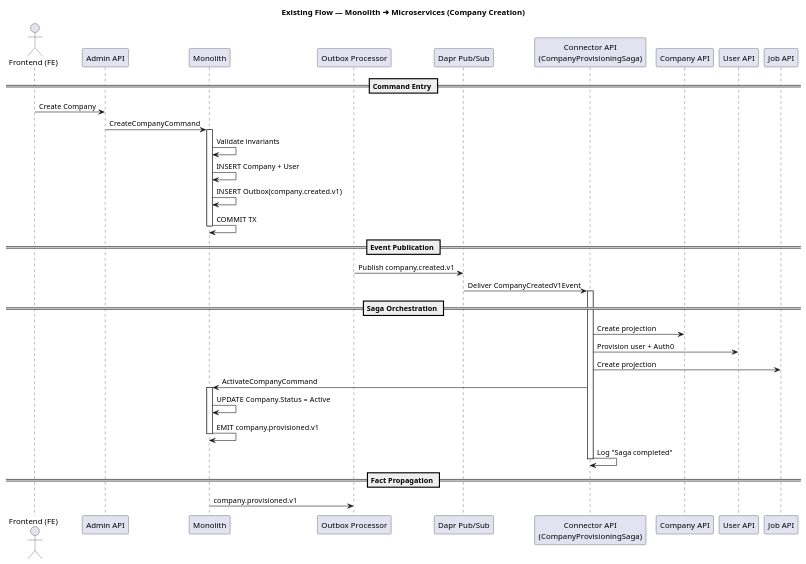
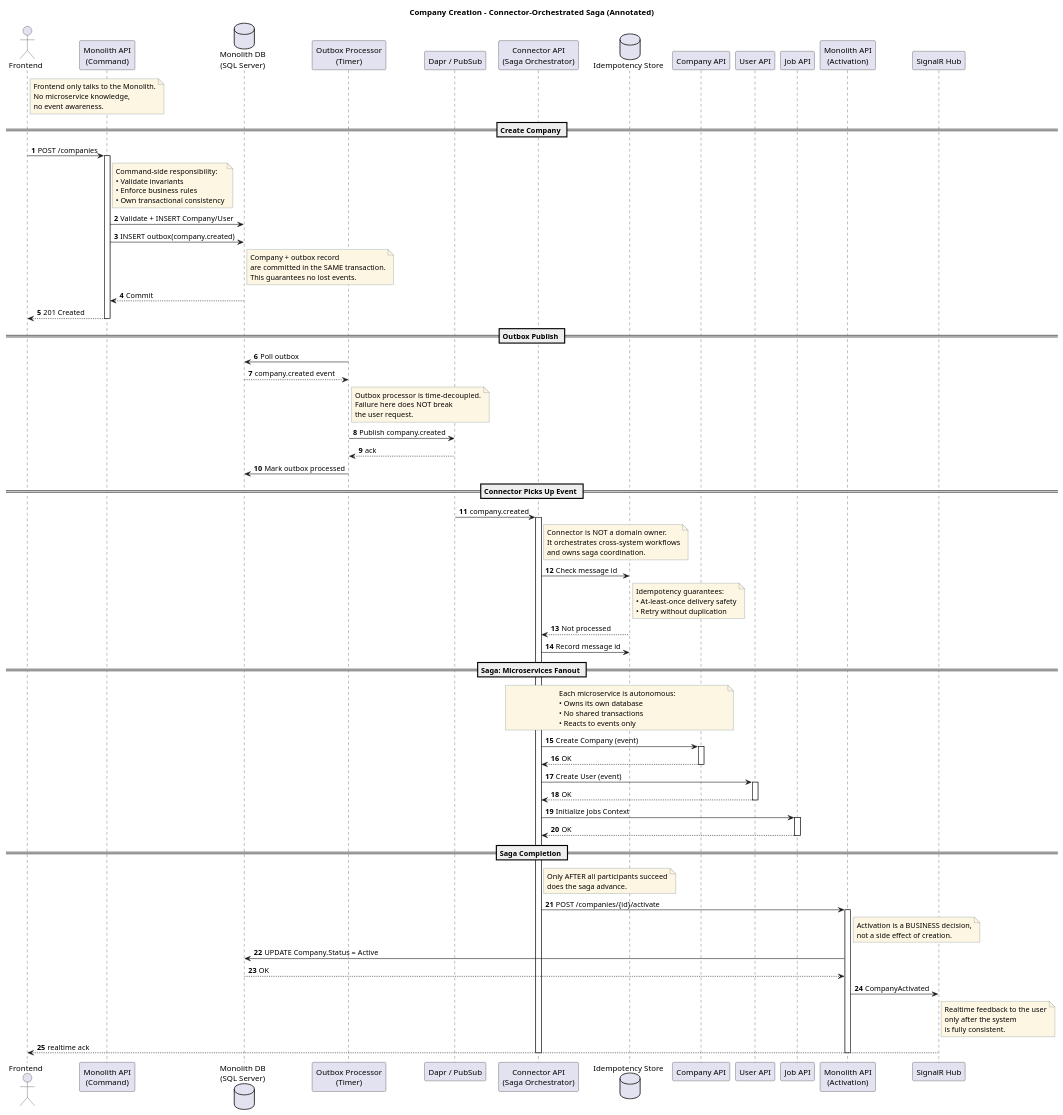
Before and after one commit to eelkhair/portfolio-project: the diagram in docs/sync.puml, drawn with PlantUML. The commit also changed other lines of this file and 3 other files, not shown here.

```diff
--- a/docs/sync.puml
+++ b/docs/sync.puml
@@ -1,50 +1,149 @@
 @startuml
-title Existing Flow — Monolith ➜ Microservices (Company Creation)
+title Company Creation – Connector-Orchestrated Saga (Annotated)
 
-actor "Frontend (FE)" as FE
-participant "Admin API" as Admin
-participant "Monolith" as Monolith
-participant "Outbox Processor" as Outbox
-participant "Dapr Pub/Sub" as Dapr
-participant "Connector API\n(CompanyProvisioningSaga)" as Saga
-participant "Company API" as CompanyAPI
-participant "User API" as UserAPI
-participant "Job API" as JobAPI
+autonumber
+skinparam responseMessageBelowArrow true
+skinparam noteBackgroundColor #FDF6E3
+skinparam noteBorderColor #657B83
 
-== Command Entry ==
+actor "Frontend" as FE
 
-FE -> Admin : Create Company
-Admin -> Monolith : CreateCompanyCommand
+participant "Monolith API\n(Command)" as Monolith
+database "Monolith DB\n(SQL Server)" as MonolithDb
+
+participant "Outbox Processor\n(Timer)" as Outbox
+participant "Dapr / PubSub" as PubSub
+
+participant "Connector API\n(Saga Orchestrator)" as Connector
+database "Idempotency Store" as Idempotency
+
+participant "Company API" as CompanyApi
+participant "User API" as UserApi
+participant "Job API" as JobApi
+
+participant "Monolith API\n(Activation)" as MonolithAct
+participant "SignalR Hub" as SignalR
+
+note right of FE
+Frontend only talks to the Monolith.
+No microservice knowledge,
+no event awareness.
+end note
+
+== Create Company ==
+
+FE -> Monolith: POST /companies
 activate Monolith
 
-Monolith -> Monolith : Validate invariants
-Monolith -> Monolith : INSERT Company + User
-Monolith -> Monolith : INSERT Outbox(company.created.v1)
-Monolith -> Monolith : COMMIT TX
+note right of Monolith
+Command-side responsibility:
+• Validate invariants
+• Enforce business rules
+• Own transactional consistency
+end note
+
+Monolith -> MonolithDb: Validate + INSERT Company/User
+Monolith -> MonolithDb: INSERT outbox(company.created)
+
+note right of MonolithDb
+Company + outbox record
+are committed in the SAME transaction.
+This guarantees no lost events.
+end note
+
+MonolithDb --> Monolith: Commit
+Monolith --> FE: 201 Created
 deactivate Monolith
 
-== Event Publication ==
+== Outbox Publish ==
 
-Outbox -> Dapr : Publish company.created.v1
-Dapr -> Saga : Deliver CompanyCreatedV1Event
+Outbox -> MonolithDb: Poll outbox
+MonolithDb --> Outbox: company.created event
 
-== Saga Orchestration ==
+note right of Outbox
+Outbox processor is time-decoupled.
+Failure here does NOT break
+the user request.
+end note
 
-activate Saga
-Saga -> CompanyAPI : Create projection
-Saga -> UserAPI : Provision user + Auth0
-Saga -> JobAPI : Create projection
+Outbox -> PubSub: Publish company.created
+PubSub --> Outbox: ack
+Outbox -> MonolithDb: Mark outbox processed
 
-Saga -> Monolith : ActivateCompanyCommand
-activate Monolith
-Monolith -> Monolith : UPDATE Company.Status = Active
-Monolith -> Monolith : EMIT company.provisioned.v1
-deactivate Monolith
+== Connector Picks Up Event ==
 
-Saga -> Saga : Log "Saga completed"
-deactivate Saga
+PubSub -> Connector: company.created
+activate Connector
 
-== Fact Propagation ==
+note right of Connector
+Connector is NOT a domain owner.
+It orchestrates cross-system workflows
+and owns saga coordination.
+end note
 
-Monolith -> Outbox : company.provisioned.v1
+Connector -> Idempotency: Check message id
+
+note right of Idempotency
+Idempotency guarantees:
+• At-least-once delivery safety
+• Retry without duplication
+end note
+
+Idempotency --> Connector: Not processed
+Connector -> Idempotency: Record message id
+
+== Saga: Microservices Fanout ==
+
+note over Connector,CompanyApi
+Each microservice is autonomous:
+• Owns its own database
+• No shared transactions
+• Reacts to events only
+end note
+
+Connector -> CompanyApi: Create Company (event)
+activate CompanyApi
+CompanyApi --> Connector: OK
+deactivate CompanyApi
+
+Connector -> UserApi: Create User (event)
+activate UserApi
+UserApi --> Connector: OK
+deactivate UserApi
+
+Connector -> JobApi: Initialize Jobs Context
+activate JobApi
+JobApi --> Connector: OK
+deactivate JobApi
+
+== Saga Completion ==
+
+note right of Connector
+Only AFTER all participants succeed
+does the saga advance.
+end note
+
+Connector -> MonolithAct: POST /companies/{id}/activate
+activate MonolithAct
+
+note right of MonolithAct
+Activation is a BUSINESS decision,
+not a side effect of creation.
+end note
+
+MonolithAct -> MonolithDb: UPDATE Company.Status = Active
+MonolithDb --> MonolithAct: OK
+
+MonolithAct -> SignalR: CompanyActivated
+
+note right of SignalR
+Realtime feedback to the user
+only after the system
+is fully consistent.
+end note
+
+SignalR --> FE: realtime ack
+deactivate MonolithAct
+deactivate Connector
+
 @enduml
```
